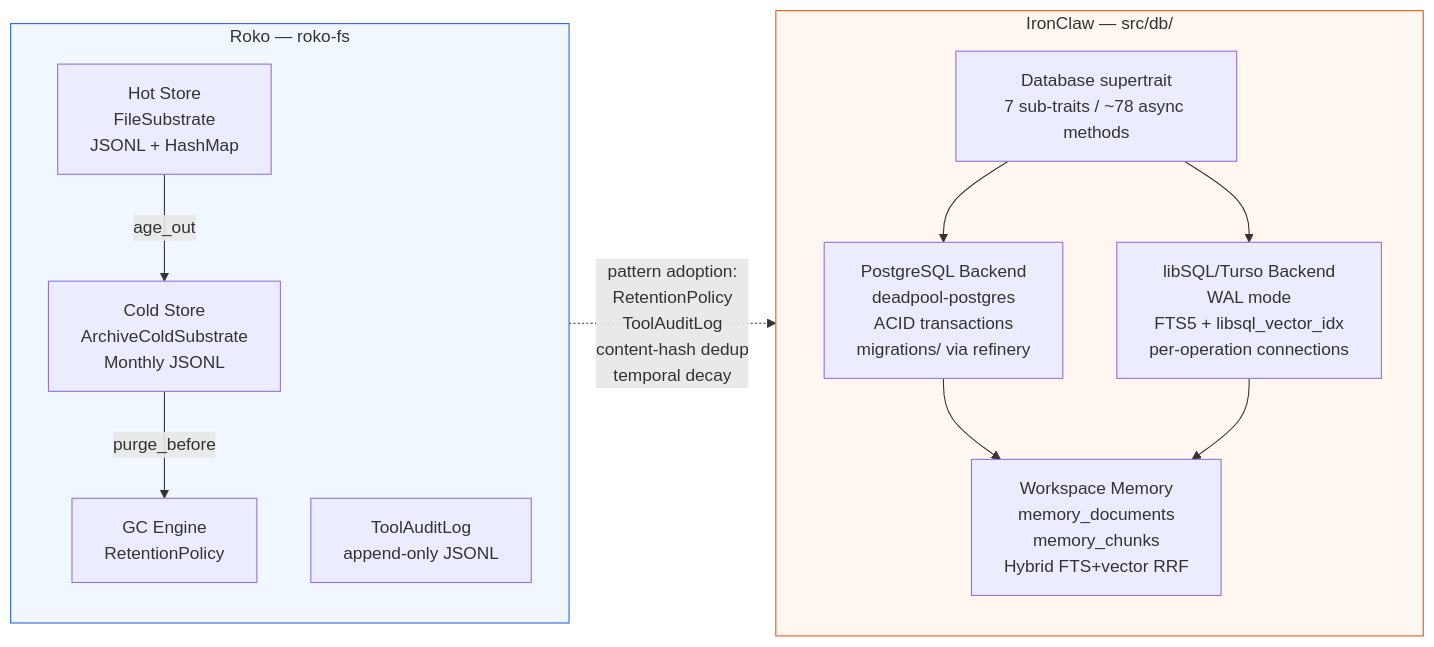
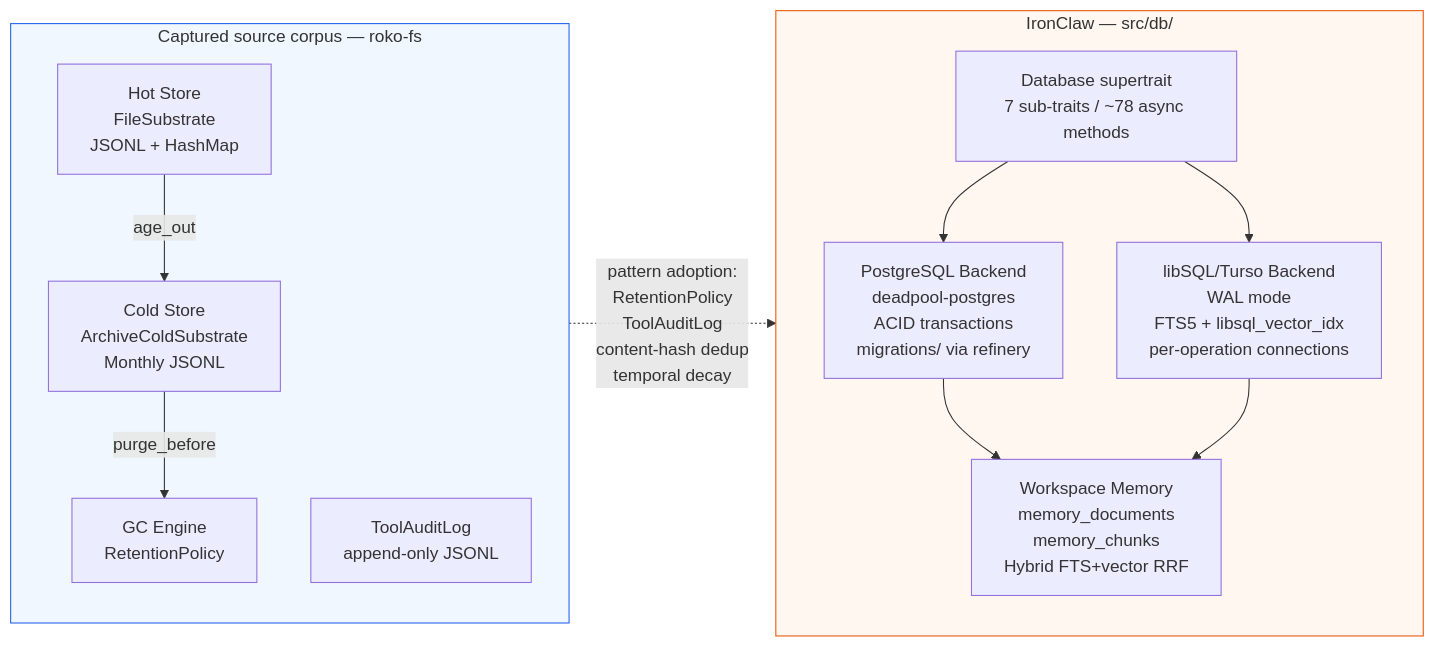
Before and after one commit to wpank/ironclaw: the fifth of 5 diagrams in tmp/context-memory/persistence-storage.md, drawn with Mermaid. The commit also changed other lines of this file and 140 other files, not shown here.

````diff
--- a/tmp/context-memory/persistence-storage.md
+++ b/tmp/context-memory/persistence-storage.md
@@ -709,29 +709,29 @@
 ```mermaid
 graph LR
-    subgraph Roko["Roko — roko-fs"]
+    subgraph SourceCorpus["Captured source corpus — roko-fs"]
         direction TB
         RHot["Hot Store\nFileSubstrate\nJSONL + HashMap"]
         RCold["Cold Store\nArchiveColdSubstrate\nMonthly JSONL"]
         RGC["GC Engine\nRetentionPolicy"]
         RAudit["ToolAuditLog\nappend-only JSONL"]
         RHot -->|age_out| RCold
         RCold -->|purge_before| RGC
     end
 
     subgraph IronClaw["IronClaw — src/db/"]
         direction TB
         IPG["PostgreSQL Backend\ndeadpool-postgres\nACID transactions\nmigrations/ via refinery"]
         ILSQL["libSQL/Turso Backend\nWAL mode\nFTS5 + libsql_vector_idx\nper-operation connections"]
         IWS["Workspace Memory\nmemory_documents\nmemory_chunks\nHybrid FTS+vector RRF"]
         IDB["Database supertrait\n7 sub-traits / ~78 async methods"]
         IDB --> IPG
         IDB --> ILSQL
         IPG --> IWS
         ILSQL --> IWS
     end
 
     RHot -.->|"pattern adoption:\nRetentionPolicy\nToolAuditLog\ncontent-hash dedup\ntemporal decay"| IDB
 
-    style Roko fill:#f0f7ff,stroke:#2563eb
+    style SourceCorpus fill:#f0f7ff,stroke:#2563eb
     style IronClaw fill:#fff7f0,stroke:#ea580c
 ```
````
